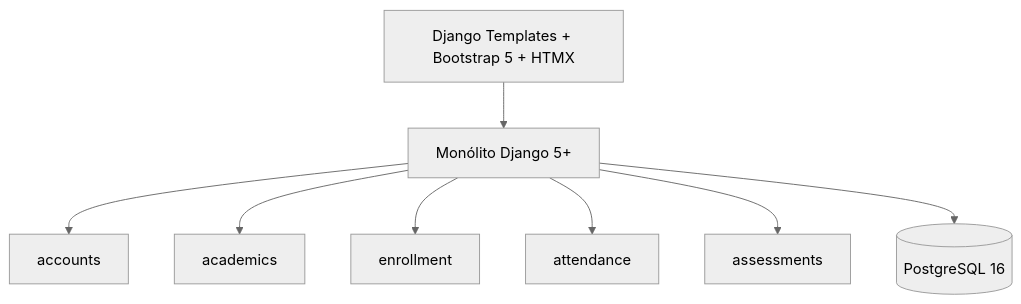
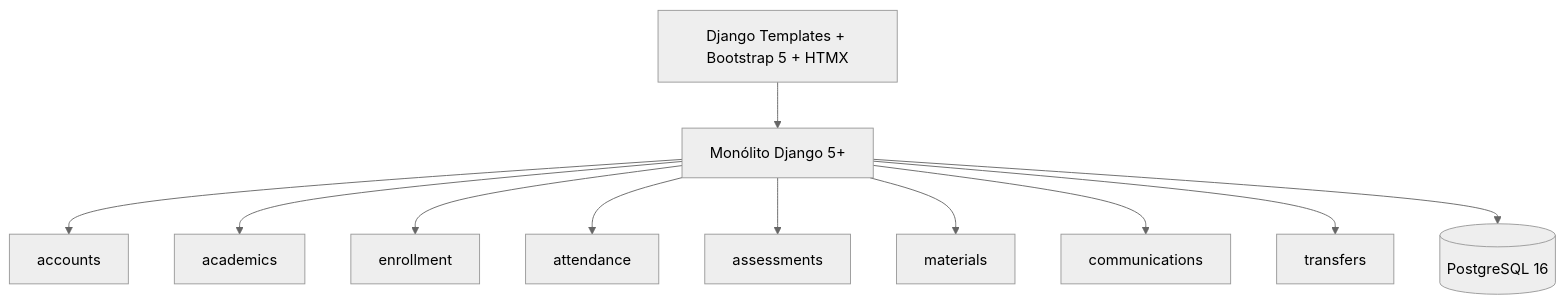
The first of 2 diagrams in docs/SGA-DOCUMENTO-CONSOLIDADO.md (joao-luizzz/SGA), drawn with Mermaid (neutral theme) before and after one commit.

Commit message:
docs: atualiza diagrama de arquitetura

````diff
--- a/docs/SGA-DOCUMENTO-CONSOLIDADO.md
+++ b/docs/SGA-DOCUMENTO-CONSOLIDADO.md
@@ -16,10 +16,13 @@
 ```mermaid
 flowchart TB
     UI[Django Templates + Bootstrap 5 + HTMX] --> APP[Monólito Django 5+]
     APP --> ACC[accounts]
     APP --> ACA[academics]
     APP --> ENR[enrollment]
     APP --> ATT[attendance]
     APP --> ASM[assessments]
+    APP --> MAT[materials]
+    APP --> COM[communications]
+    APP --> TRN[transfers]
     APP --> DB[(PostgreSQL 16)]
 ```
````
